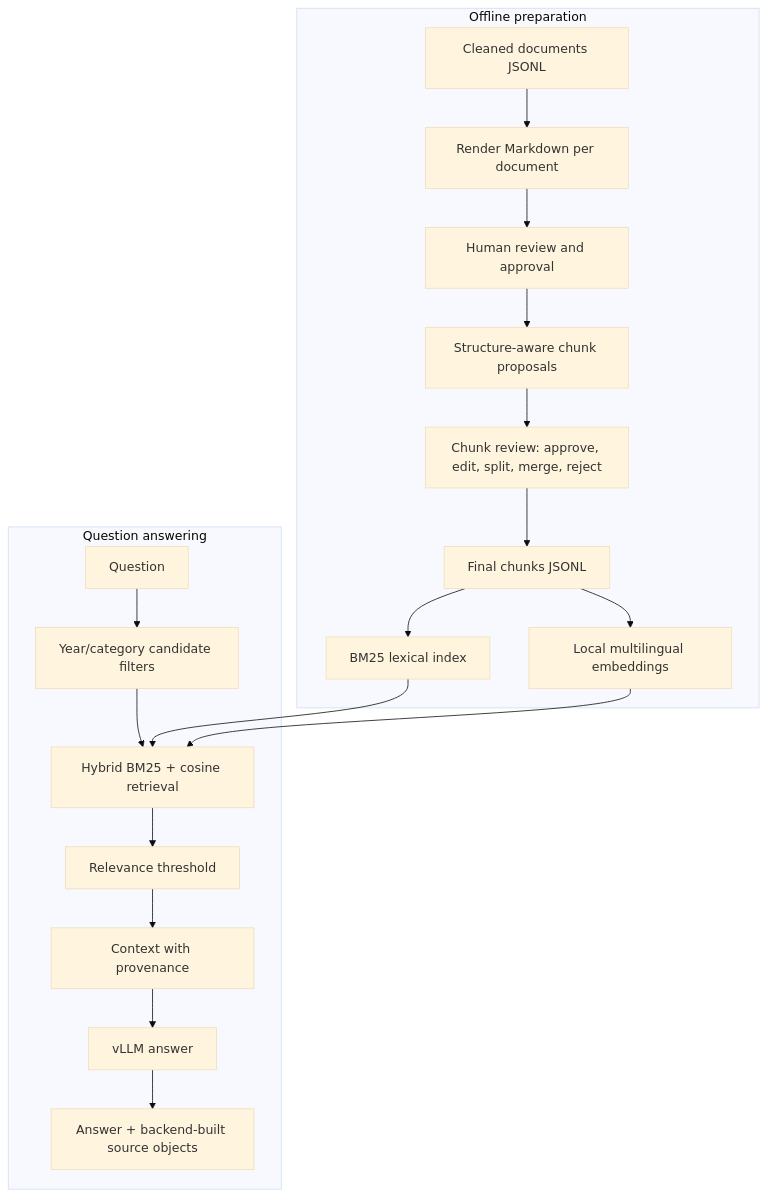
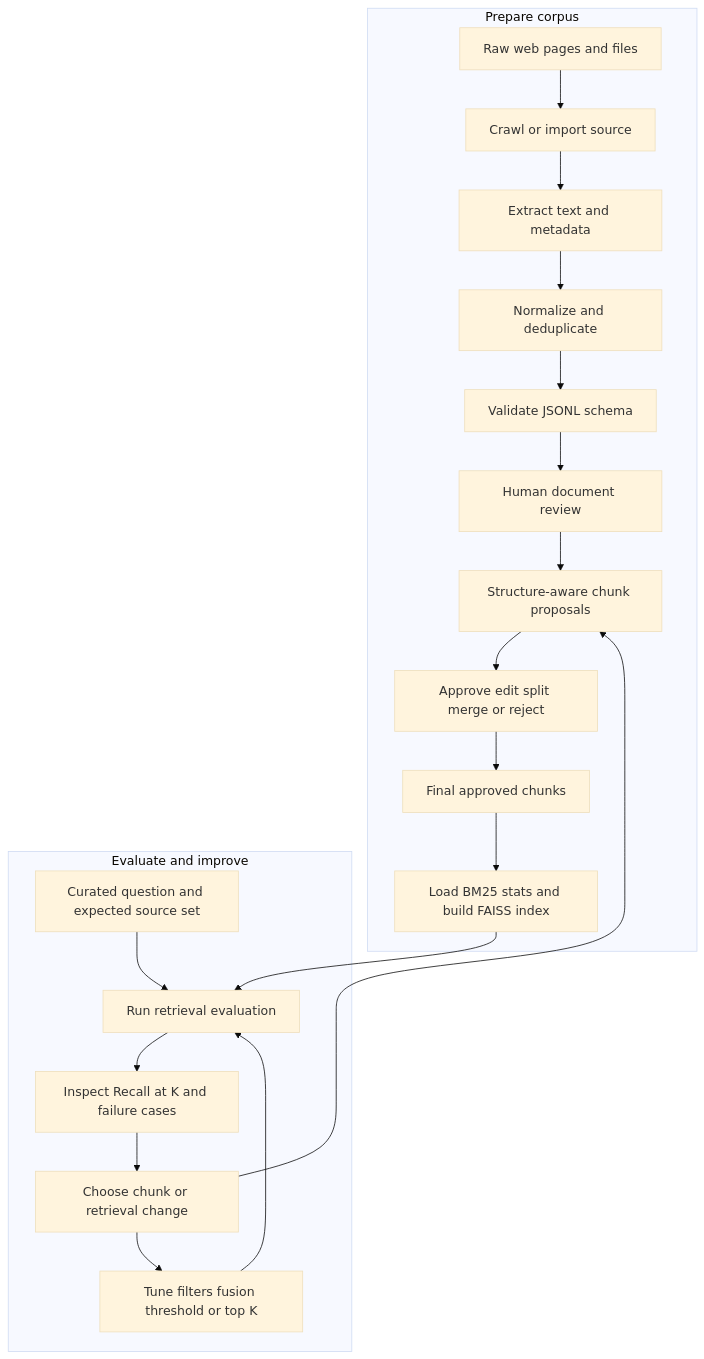
One commit to HPHYSVN/haui-admission-rag changed the first of 3 diagrams in rag/README.md. Above: the diagram before and after it, drawn with Mermaid (base theme). The commit also changed other lines of this file and 123 other files, not shown here.

````diff
--- a/rag/README.md
+++ b/rag/README.md
@@ -8,22 +15,23 @@
 ```mermaid
 flowchart TD
-  subgraph Offline["Offline preparation"]
-    D["Cleaned documents JSONL"] --> R["Render Markdown per document"]
-    R --> A["Human review and approval"]
-    A --> P["Structure-aware chunk proposals"]
-    P --> CR["Chunk review: approve, edit, split, merge, reject"]
-    CR --> F["Final chunks JSONL"]
-    F --> B["BM25 lexical index"]
-    F --> E["Local multilingual embeddings"]
-  end
-  subgraph Online["Question answering"]
-    Q["Question"] --> M["Year/category candidate filters"]
-    M --> H["Hybrid BM25 + cosine retrieval"]
-    B --> H
-    E --> H
-    H --> G["Relevance threshold"]
-    G --> C["Context with provenance"]
-    C --> L["vLLM answer"]
-    L --> O["Answer + backend-built source objects"]
-  end
+    subgraph Prepare["Prepare corpus"]
+        wfRaw["Raw web pages and files"] --> wfCollect["Crawl or import source"]
+        wfCollect --> wfExtract["Extract text and metadata"]
+        wfExtract --> wfNormalize["Normalize and deduplicate"]
+        wfNormalize --> wfValidate["Validate JSONL schema"]
+        wfValidate --> wfReviewDoc["Human document review"]
+        wfReviewDoc --> wfChunk["Structure-aware chunk proposals"]
+        wfChunk --> wfReviewChunk["Approve edit split merge or reject"]
+        wfReviewChunk --> wfFinal["Final approved chunks"]
+        wfFinal --> wfIndexBuild["Load BM25 stats and build FAISS index"]
+    end
+    subgraph EvaluateLoop["Evaluate and improve"]
+        wfIndexBuild --> wfRun["Run retrieval evaluation"]
+        wfQuestions["Curated question and expected source set"] --> wfRun
+        wfRun --> wfMetrics["Inspect Recall at K and failure cases"]
+        wfMetrics --> wfChoose["Choose chunk or retrieval change"]
+        wfChoose --> wfChunk
+        wfChoose --> wfRetrieveConfig["Tune filters fusion threshold or top K"]
+        wfRetrieveConfig --> wfRun
+    end
 ```
````
